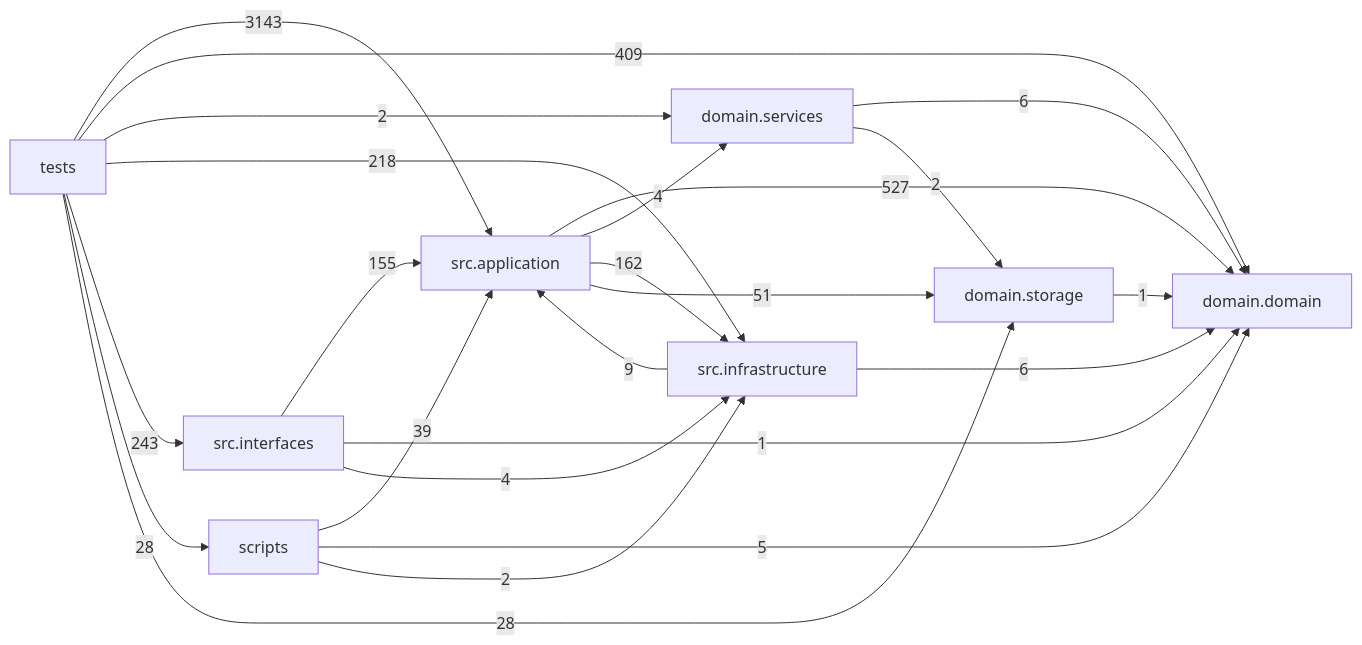
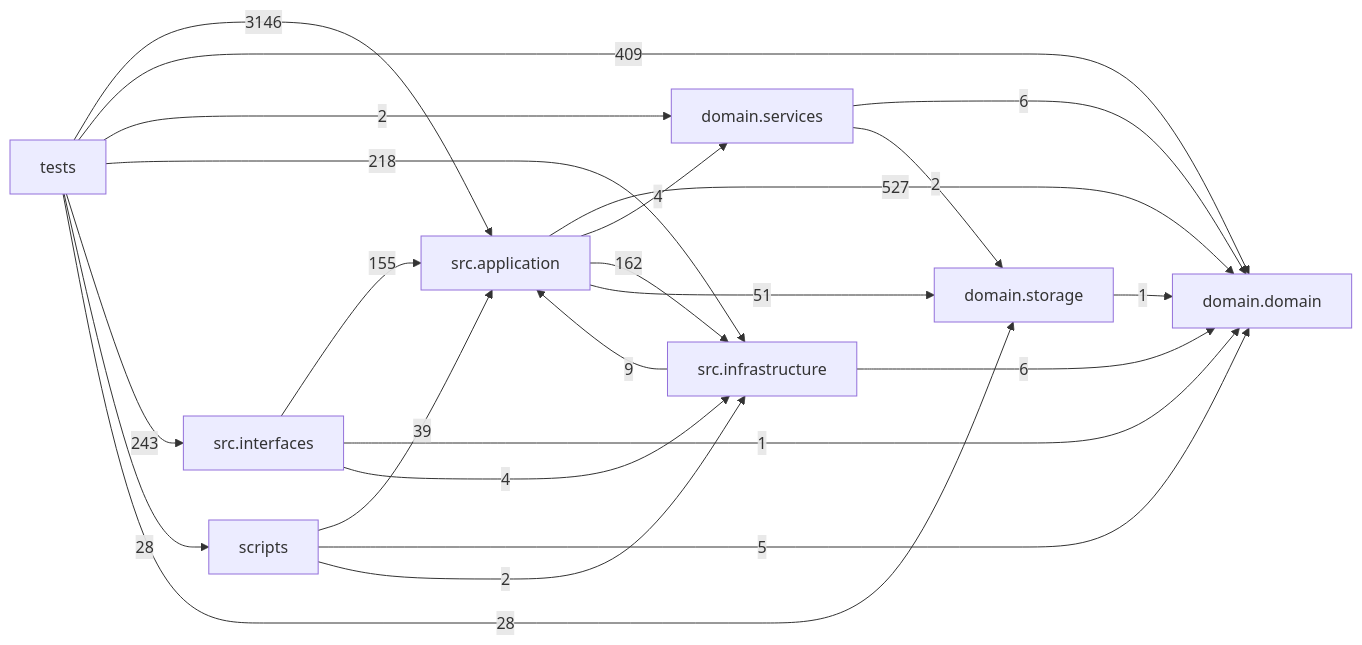
Before and after one commit to liuxie066/options-monitor: the diagram in docs/DEPENDENCY_GRAPH.md, drawn with Mermaid. The commit also changed other lines of this file and 9 other files, not shown here.

````diff
--- a/docs/DEPENDENCY_GRAPH.md
+++ b/docs/DEPENDENCY_GRAPH.md
@@ -24,33 +24,33 @@
 ```mermaid
 flowchart LR
   tests["tests"]
   scripts["scripts"]
   interfaces["src.interfaces"]
   application["src.application"]
   infrastructure["src.infrastructure"]
   domain_services["domain.services"]
   domain["domain.domain"]
   storage["domain.storage"]
   application -->|527| domain
   application -->|4| domain_services
   application -->|162| infrastructure
   application -->|51| storage
   domain_services -->|6| domain
   domain_services -->|2| storage
   infrastructure -->|9| application
   infrastructure -->|6| domain
   interfaces -->|155| application
   interfaces -->|1| domain
   interfaces -->|4| infrastructure
   scripts -->|39| application
   scripts -->|5| domain
   scripts -->|2| infrastructure
   storage -->|1| domain
-  tests -->|3143| application
+  tests -->|3146| application
   tests -->|409| domain
   tests -->|2| domain_services
   tests -->|218| infrastructure
   tests -->|243| interfaces
   tests -->|28| scripts
   tests -->|28| storage
 ```
````
